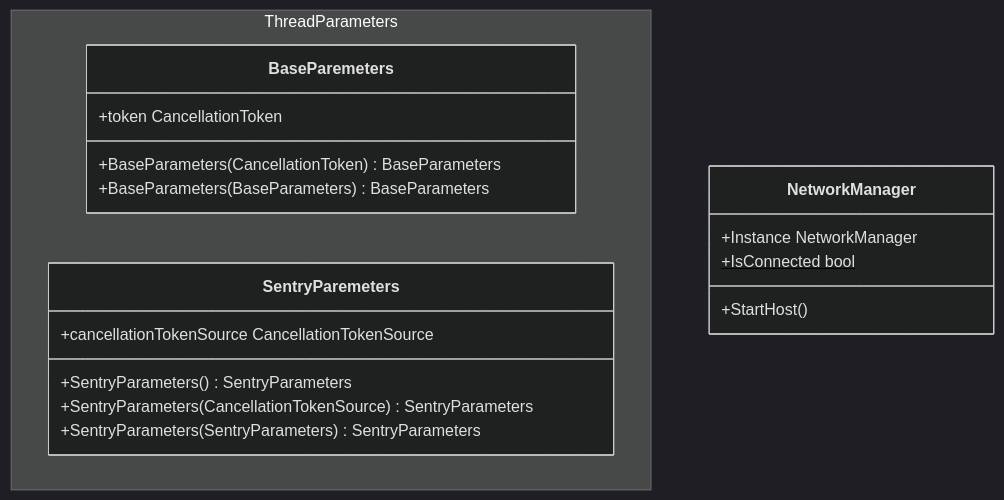
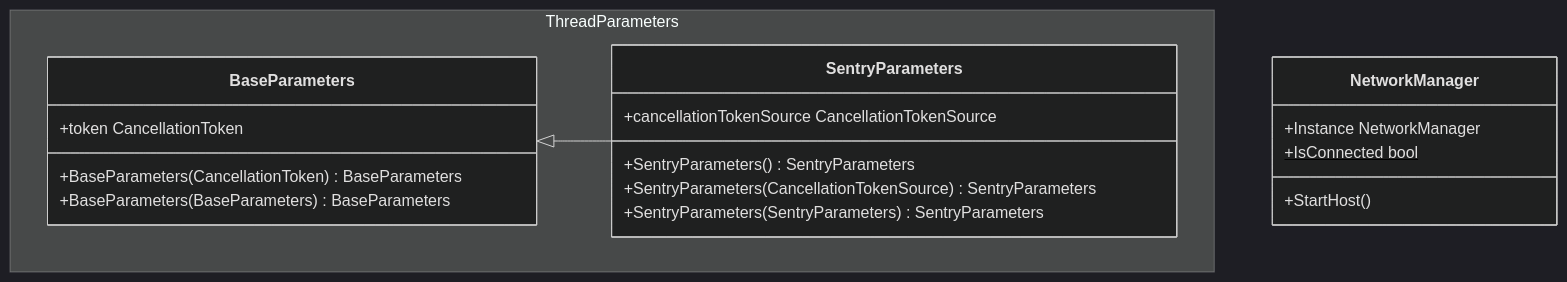
One commit to GMcMichael/ThornNetworking changed the second of 2 diagrams in README.md. Above: the diagram before and after it, drawn with Mermaid (dark theme).

````diff
--- a/README.md
+++ b/README.md
@@ -89,21 +89,22 @@
 ```mermaid
 classDiagram
-    class NetworkManager{
-        +Instance NetworkManager
-        +IsConnected bool$
-        +StartHost()
+class NetworkManager{
+    +Instance NetworkManager
+    +IsConnected bool$
+    +StartHost()
+}
+namespace ThreadParameters {
+    class BaseParameters {
+        +token CancellationToken
+        +BaseParameters(CancellationToken) BaseParameters
+        +BaseParameters(BaseParameters) BaseParameters
     }
-    namespace ThreadParameters {
-        class BaseParemeters {
-            +token CancellationToken
-            +BaseParameters(CancellationToken) BaseParameters
-            +BaseParameters(BaseParameters) BaseParameters
-        }
-        class SentryParemeters {
-            +cancellationTokenSource CancellationTokenSource
-            +SentryParameters() SentryParameters
-            +SentryParameters(CancellationTokenSource) SentryParameters
-            +SentryParameters(SentryParameters) SentryParameters
-        }
+    class SentryParameters {
+        +cancellationTokenSource CancellationTokenSource
+        +SentryParameters() SentryParameters
+        +SentryParameters(CancellationTokenSource) SentryParameters
+        +SentryParameters(SentryParameters) SentryParameters
     }
+}
+BaseParameters <|-- SentryParameters
 ```
````
